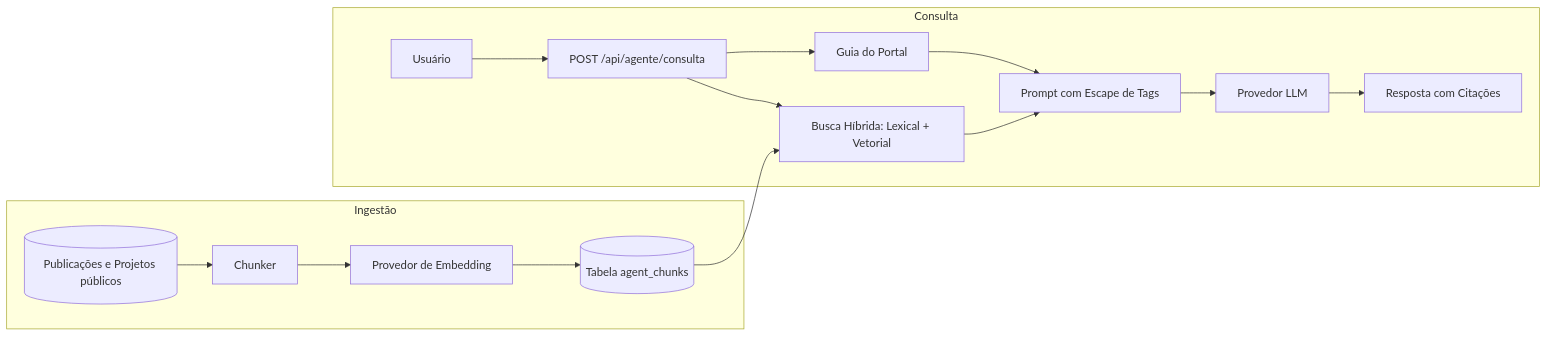
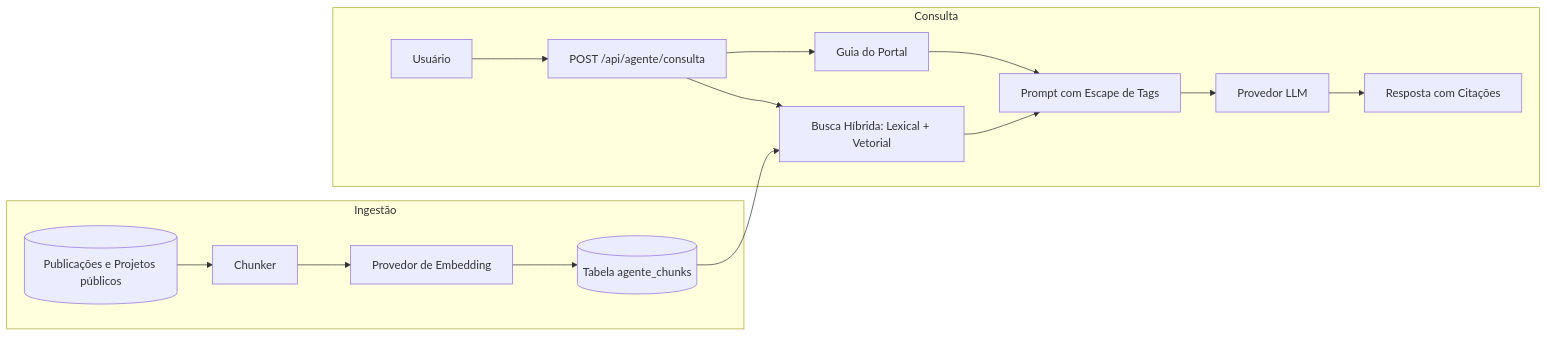
One commit to cDuarte05/IFConnect changed the first of 2 diagrams in README.md. Above: the diagram before and after it, drawn with Mermaid. The commit also changed other lines of this file and 5 other files, not shown here.

````diff
--- a/README.md
+++ b/README.md
@@ -54,18 +64,18 @@
 ```mermaid
 flowchart LR
   subgraph Ingestão
     DB1[(Publicações e Projetos públicos)] --> CH[Chunker]
     CH --> EMB[Provedor de Embedding]
-    EMB --> DB2[(Tabela agent_chunks)]
+    EMB --> DB2[(Tabela agente_chunks)]
   end
   subgraph Consulta
     U[Usuário] --> API[POST /api/agente/consulta]
     API --> HYB[Busca Híbrida: Lexical + Vetorial]
     DB2 --> HYB
     API --> GUIA[Guia do Portal]
     HYB --> PR[Prompt com Escape de Tags]
     GUIA --> PR
     PR --> LLM[Provedor LLM]
     LLM --> RES[Resposta com Citações]
   end
 ```
````
